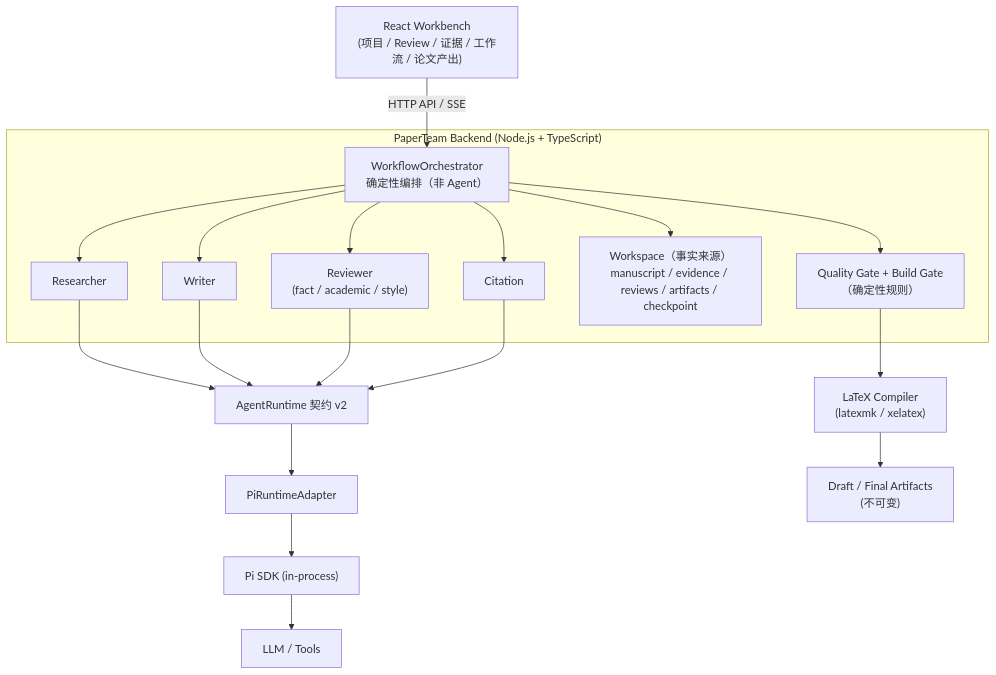
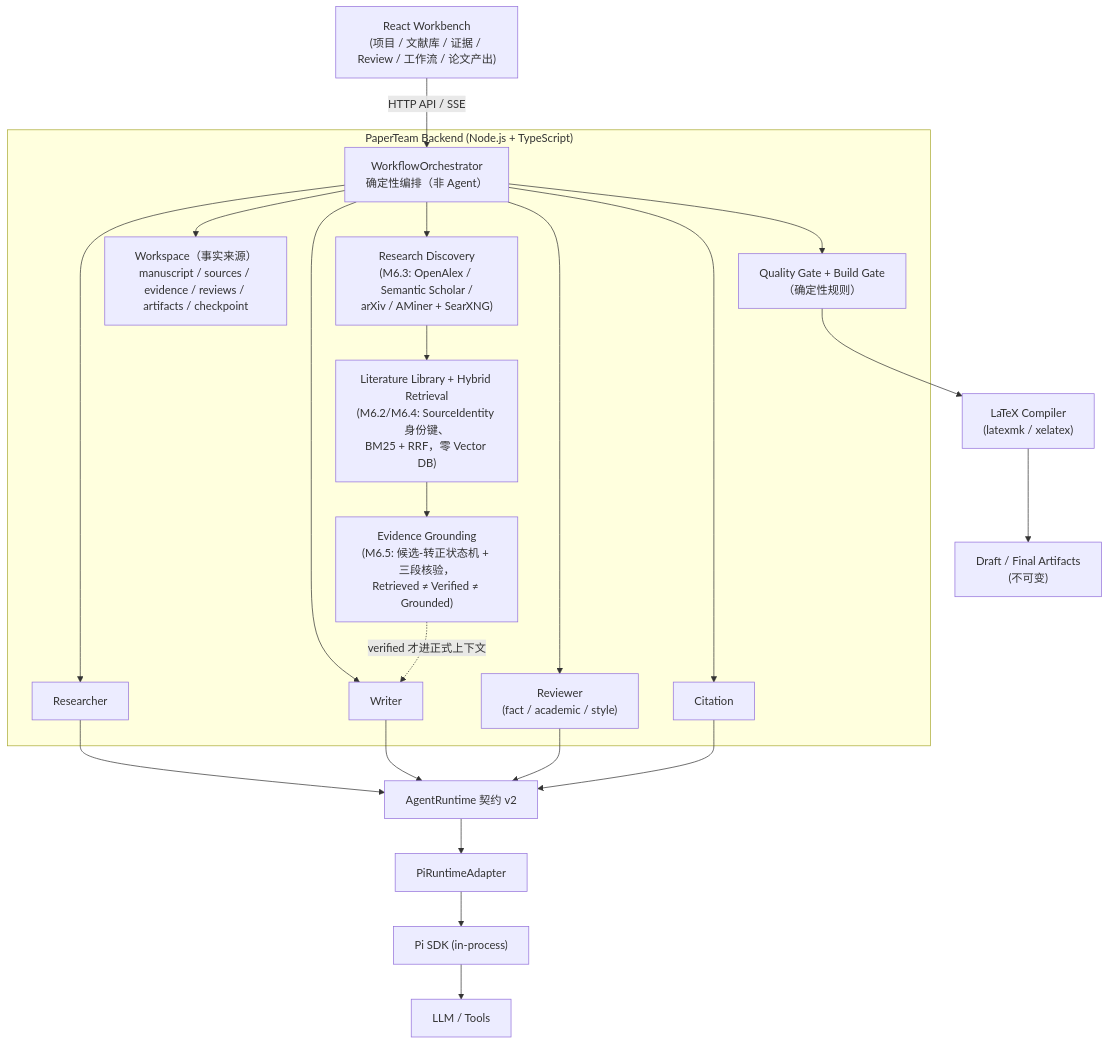
Before and after one commit to JiahongXu88/PaperTeam: the first of 2 diagrams in README.md, drawn with Mermaid. The commit also changed other lines of this file, not shown here.

````diff
--- a/README.md
+++ b/README.md
@@ -42,21 +48,28 @@
 ```mermaid
 flowchart TD
-    UI["React Workbench<br/>(项目 / Review / 证据 / 工作流 / 论文产出)"] -->|HTTP API / SSE| ORCH
+    UI["React Workbench<br/>(项目 / 文献库 / 证据 / Review / 工作流 / 论文产出)"] -->|HTTP API / SSE| ORCH
     subgraph Backend["PaperTeam Backend (Node.js + TypeScript)"]
         ORCH["WorkflowOrchestrator<br/>确定性编排（非 Agent）"]
+        SRC["Research Discovery<br/>(M6.3: OpenAlex / Semantic Scholar /<br/>arXiv / AMiner + SearXNG)"]
+        LIB["Literature Library + Hybrid Retrieval<br/>(M6.2/M6.4: SourceIdentity 身份键、<br/>BM25 + RRF，零 Vector DB)"]
+        EVD["Evidence Grounding<br/>(M6.5: 候选-转正状态机 + 三段核验，<br/>Retrieved ≠ Verified ≠ Grounded)"]
         ORCH --> RES["Researcher"]
         ORCH --> WRI["Writer"]
         ORCH --> REV["Reviewer<br/>(fact / academic / style)"]
         ORCH --> CIT["Citation"]
-        WS["Workspace（事实来源）<br/>manuscript / evidence / reviews / artifacts / checkpoint"]
+        WS["Workspace（事实来源）<br/>manuscript / sources / evidence / reviews / artifacts / checkpoint"]
         GATE["Quality Gate + Build Gate<br/>（确定性规则）"]
     end
+    ORCH --> SRC
+    SRC --> LIB
+    LIB --> EVD
+    EVD -.verified 才进正式上下文.-> WRI
     RES & WRI & REV & CIT --> RT["AgentRuntime 契约 v2"]
     RT --> PI["PiRuntimeAdapter"]
     PI --> SDK["Pi SDK (in-process)"]
     SDK --> LLM["LLM / Tools"]
     ORCH --> WS
     ORCH --> GATE
     GATE --> LATEX["LaTeX Compiler<br/>(latexmk / xelatex)"]
     LATEX --> ART["Draft / Final Artifacts<br/>(不可变)"]
 ```
````
